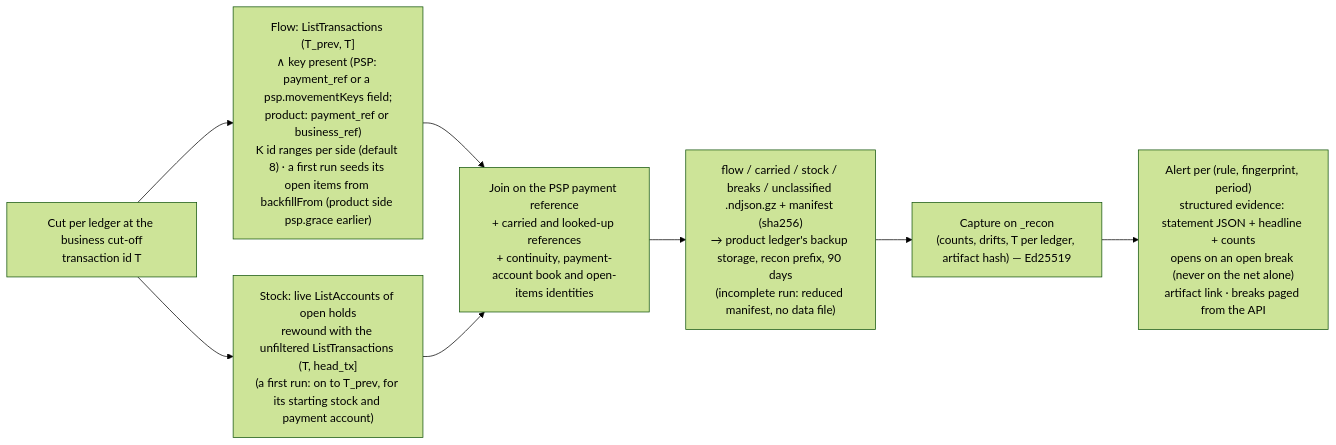
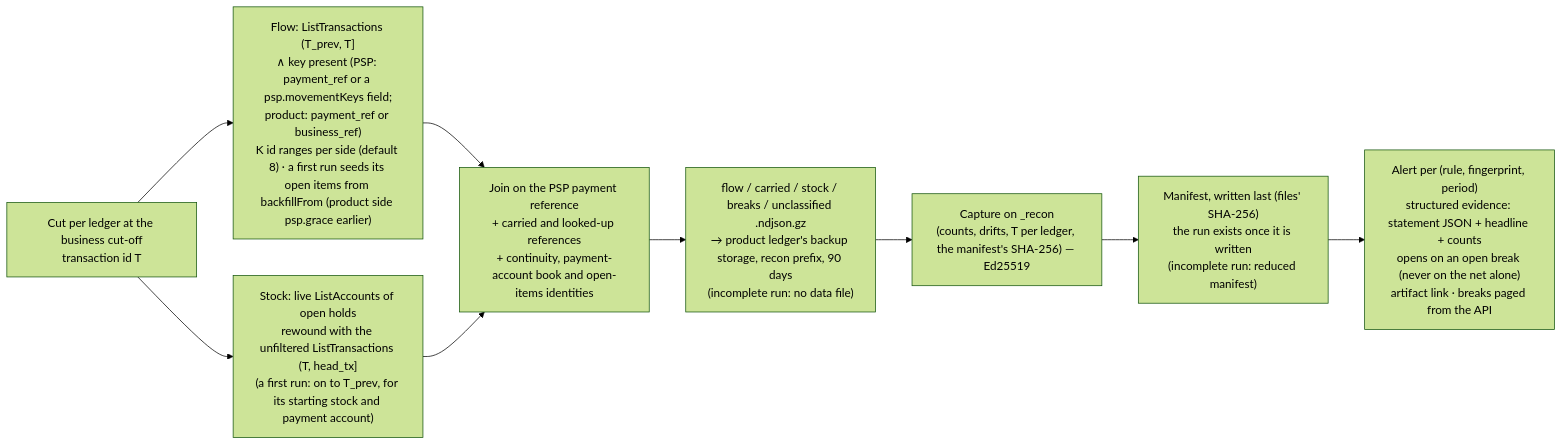
The ninth of 9 diagrams in docs/technical/workflows.md (formancehq/reconciliation), drawn with Mermaid (forest theme) before and after one commit. The commit also changed 22 other files, not shown here.

````diff
--- a/docs/technical/workflows.md
+++ b/docs/technical/workflows.md
@@ -326,10 +326,11 @@
 ```mermaid
 flowchart LR
     Cut["Cut per ledger at the business cut-off<br/>transaction id T"] --> Flow["Flow: ListTransactions (T_prev, T]<br/>∧ key present (PSP: payment_ref or a psp.movementKeys field;<br/>product: payment_ref or business_ref)<br/>K id ranges per side (default 8) · a first run seeds its open items from backfillFrom (product side psp.grace earlier)"]
     Cut --> Stock["Stock: live ListAccounts of open holds<br/>rewound with the unfiltered ListTransactions (T, head_tx]<br/>(a first run: on to T_prev, for its starting stock and payment account)"]
     Flow --> Join["Join on the PSP payment reference<br/>+ carried and looked-up references<br/>+ continuity, payment-account book and open-items identities"]
     Stock --> Join
-    Join --> Art["flow / carried / stock / breaks / unclassified .ndjson.gz + manifest (sha256)<br/>→ product ledger's backup storage, recon prefix, 90 days<br/>(incomplete run: reduced manifest, no data file)"]
-    Art --> Cap["Capture on _recon<br/>(counts, drifts, T per ledger, artifact hash) — Ed25519"]
-    Cap --> Alert["Alert per (rule, fingerprint, period)<br/>structured evidence: statement JSON + headline + counts<br/>opens on an open break (never on the net alone)<br/>artifact link · breaks paged from the API"]
+    Join --> Art["flow / carried / stock / breaks / unclassified .ndjson.gz<br/>→ product ledger's backup storage, recon prefix, 90 days<br/>(incomplete run: no data file)"]
+    Art --> Cap["Capture on _recon<br/>(counts, drifts, T per ledger, the manifest's SHA-256) — Ed25519"]
+    Cap --> Man["Manifest, written last (files' SHA-256)<br/>the run exists once it is written<br/>(incomplete run: reduced manifest)"]
+    Man --> Alert["Alert per (rule, fingerprint, period)<br/>structured evidence: statement JSON + headline + counts<br/>opens on an open break (never on the net alone)<br/>artifact link · breaks paged from the API"]
 ```
````
